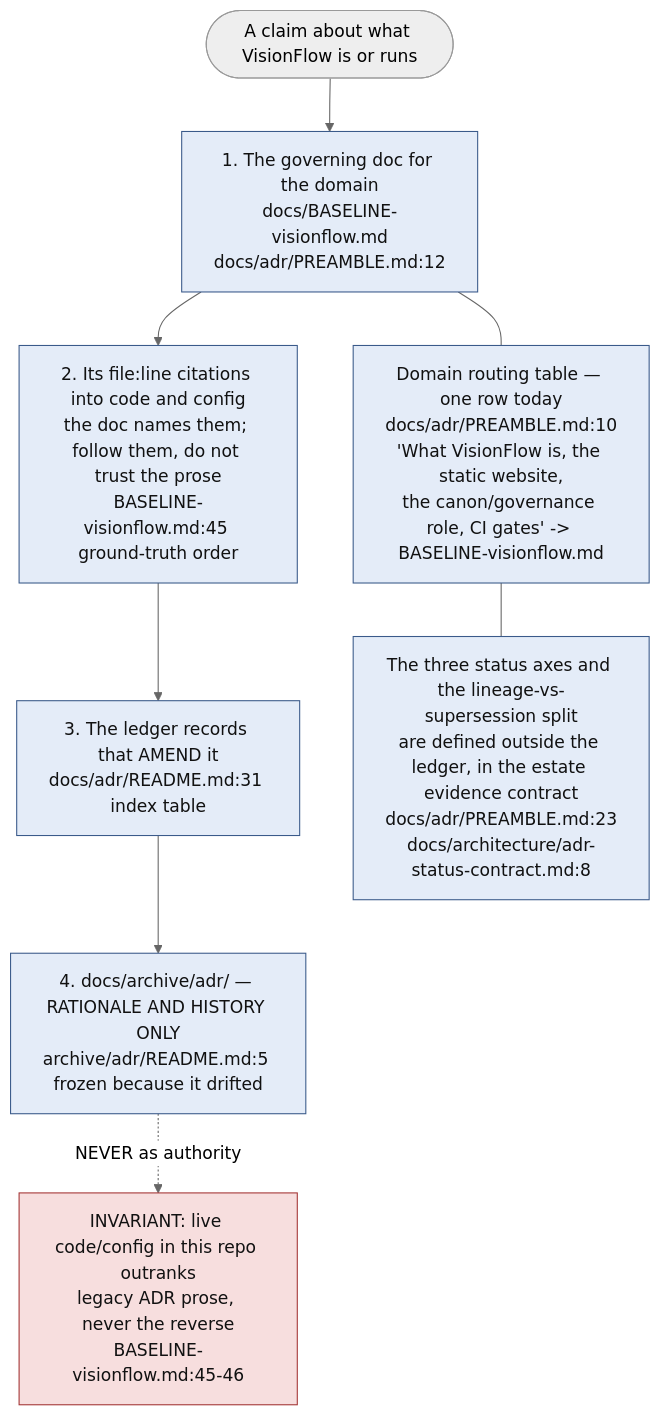
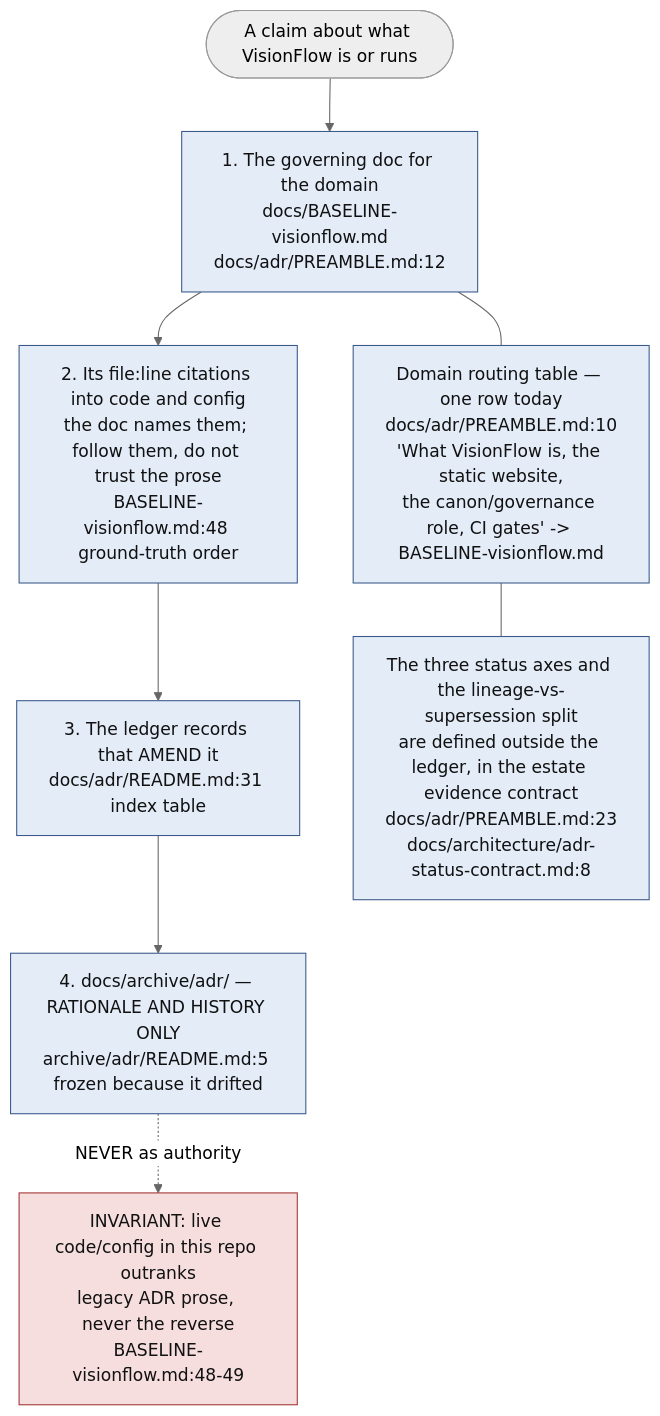
Before and after one commit to DreamLab-AI/VisionFlow: the second of 11 diagrams in docs/diagrams/visionflow/01-repo-composition-and-canon.md, drawn with Mermaid (neutral theme). The commit also changed other lines of this file and 80 other files, not shown here.

First line of the commit message:
docs(diagrams): re-verify the agentbox, dreamlab, estate and visionflow corpus against current sources

````diff
--- a/docs/diagrams/visionflow/01-repo-composition-and-canon.md
+++ b/docs/diagrams/visionflow/01-repo-composition-and-canon.md
@@ -113,17 +113,17 @@
 ```mermaid
 flowchart TB
     classDef step fill:#e4ecf8,stroke:#3a5a8a,color:#111
     classDef deny fill:#f7dede,stroke:#a33333,color:#111
 
     Q(["A claim about what VisionFlow is or runs"])
     Q --> S1["1. The governing doc for the domain<br/>docs/BASELINE-visionflow.md<br/>docs/adr/PREAMBLE.md:12"]:::step
-    S1 --> S2["2. Its file:line citations into code and config<br/>the doc names them; follow them, do not trust the prose<br/>BASELINE-visionflow.md:45 ground-truth order"]:::step
+    S1 --> S2["2. Its file:line citations into code and config<br/>the doc names them; follow them, do not trust the prose<br/>BASELINE-visionflow.md:48 ground-truth order"]:::step
     S2 --> S3["3. The ledger records that AMEND it<br/>docs/adr/README.md:31 index table"]:::step
     S3 --> S4["4. docs/archive/adr/ — RATIONALE AND HISTORY ONLY<br/>archive/adr/README.md:5 frozen because it drifted"]:::step
-    S4 -.->|"NEVER as authority"| DENY["INVARIANT: live code/config in this repo outranks<br/>legacy ADR prose, never the reverse<br/>BASELINE-visionflow.md:45-46"]:::deny
+    S4 -.->|"NEVER as authority"| DENY["INVARIANT: live code/config in this repo outranks<br/>legacy ADR prose, never the reverse<br/>BASELINE-visionflow.md:48-49"]:::deny
 
     ROUTE["Domain routing table — one row today<br/>docs/adr/PREAMBLE.md:10<br/>'What VisionFlow is, the static website,<br/>the canon/governance role, CI gates' -> BASELINE-visionflow.md"]:::step
     S1 --- ROUTE
     AXES["The three status axes and the lineage-vs-supersession split<br/>are defined outside the ledger, in the estate evidence contract<br/>docs/adr/PREAMBLE.md:23<br/>docs/architecture/adr-status-contract.md:8"]:::step
     ROUTE --- AXES
 ```
````
